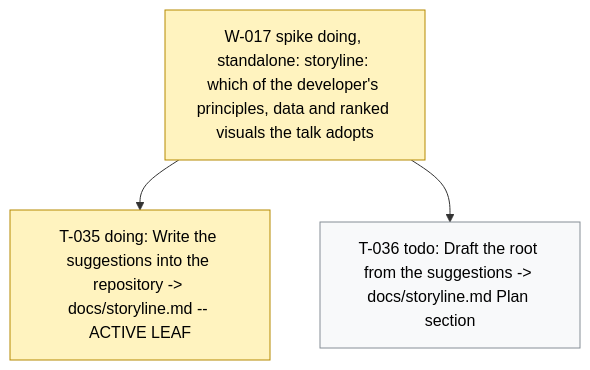
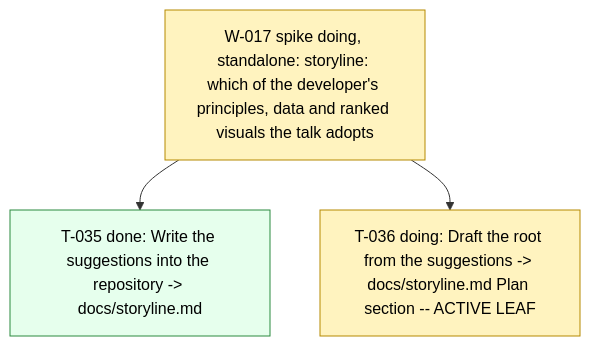
The diagram in .board/BOARD.md (dpopchev/chaos-to-simple), drawn with Mermaid before and after one commit. The commit also changed other lines of this file and 2 other files, not shown here.

Commit message:
chore(board): close T-035, start T-036
Refs: W-017 T-035 T-036

````diff
--- a/.board/BOARD.md
+++ b/.board/BOARD.md
@@ -112,13 +112,13 @@
 ```mermaid
 flowchart TD
   W017["W-017 spike doing, standalone: storyline: which of the developer's principles, data and ranked visuals the talk adopts"]
-  W017 --> T035["T-035 doing: Write the suggestions into the repository -> docs/storyline.md -- ACTIVE LEAF"]
-  W017 --> T036["T-036 todo: Draft the root from the suggestions -> docs/storyline.md Plan section"]
+  W017 --> T035["T-035 done: Write the suggestions into the repository -> docs/storyline.md"]
+  W017 --> T036["T-036 doing: Draft the root from the suggestions -> docs/storyline.md Plan section -- ACTIVE LEAF"]
   classDef doing fill:#fff3bf,stroke:#b58900,color:#000;
   classDef blocked fill:#ffe3e3,stroke:#c92a2a,color:#000;
   classDef done fill:#e6ffed,stroke:#2b8a3e,color:#000;
   classDef todo fill:#f8f9fa,stroke:#868e96,color:#000;
   classDef pruned fill:#f1f3f5,stroke:#adb5bd,color:#000;
-  class W017,T035 doing
-  class T036 todo
+  class W017,T036 doing
+  class T035 done
 ```
````
